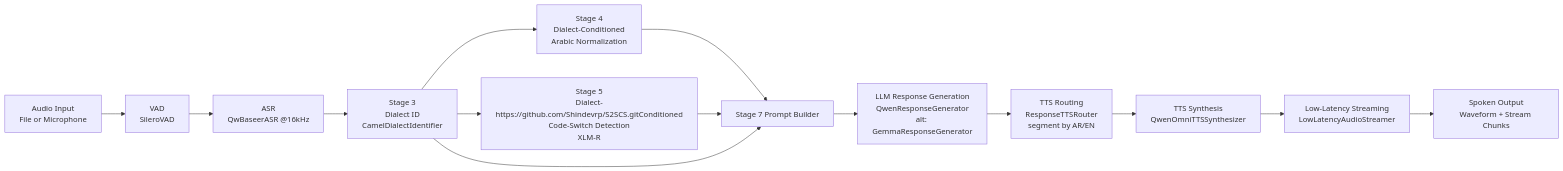
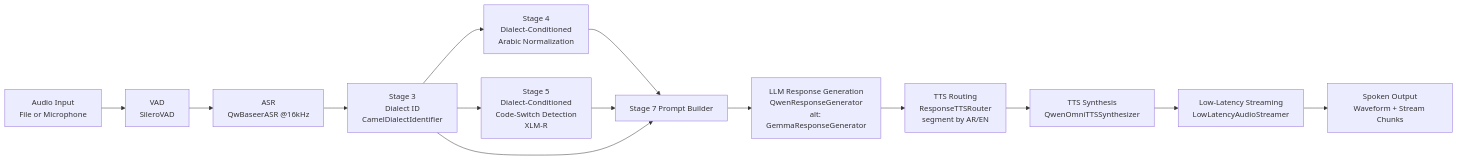
Before and after one commit to Shindevrp/S2SCS: the diagram in README.md, drawn with Mermaid. The commit also changed other lines of this file and 13 other files, not shown here.

First line of the commit message:
Switch to Jais-13B-chat 4-bit LLM with 1716Shinde/xlmr-cs-finetuned CS detection

````diff
--- a/README.md
+++ b/README.md
@@ -10,18 +21,18 @@
 ```mermaid
 flowchart LR
 		A[Audio Input\nFile or Microphone] --> B[VAD\nSileroVAD]
 		B --> C[ASR\nQwBaseerASR @16kHz]
 		C --> D[Stage 3\nDialect ID\nCamelDialectIdentifier]
 
 		D --> E[Stage 4\nDialect-Conditioned\nArabic Normalization]
-		D --> F[Stage 5\nDialect-https://github.com/Shindevrp/S2SCS.gitConditioned\nCode-Switch Detection\nXLM-R]
+		D --> F[Stage 5\nDialect-Conditioned\nCode-Switch Detection\nXLM-R]
 		E --> G[Stage 7 Prompt Builder]
 		F --> G
 		D --> G
 
 		G --> H[LLM Response Generation\nQwenResponseGenerator\nalt: GemmaResponseGenerator]
 		H --> I[TTS Routing\nResponseTTSRouter\nsegment by AR/EN]
 		I --> J[TTS Synthesis\nQwenOmniTTSSynthesizer]
 		J --> K[Low-Latency Streaming\nLowLatencyAudioStreamer]
 		K --> L[Spoken Output\nWaveform + Stream Chunks]
 ```
````
